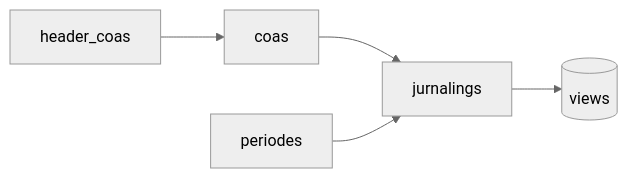
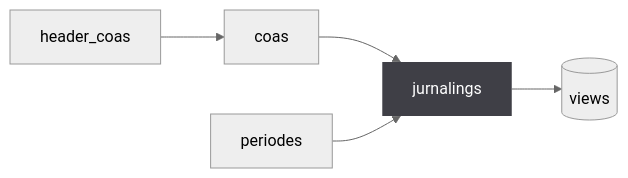
One commit to yesterdaygrace/yesterdaygrace changed the fourth of 5 diagrams in README.md. Above: the diagram before and after it, drawn with Mermaid (neutral theme). The commit also changed other lines of this file, not shown here.

````diff
--- a/README.md
+++ b/README.md
@@ -135,5 +145,6 @@
 ```mermaid
 flowchart LR
     H[header_coas] --> C[coas] --> J[jurnalings] --> V[(views)]
     P[periodes] --> J
+    style J fill:#3f3f46,color:#fff,stroke:none
 ```
````
